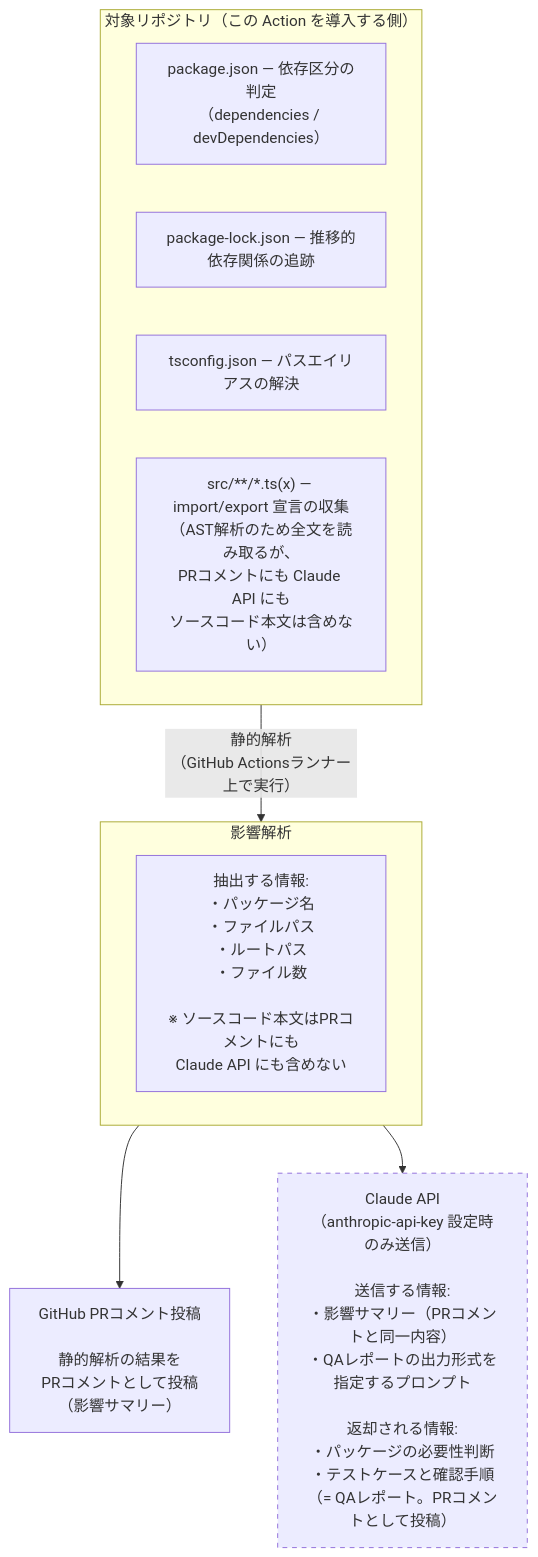
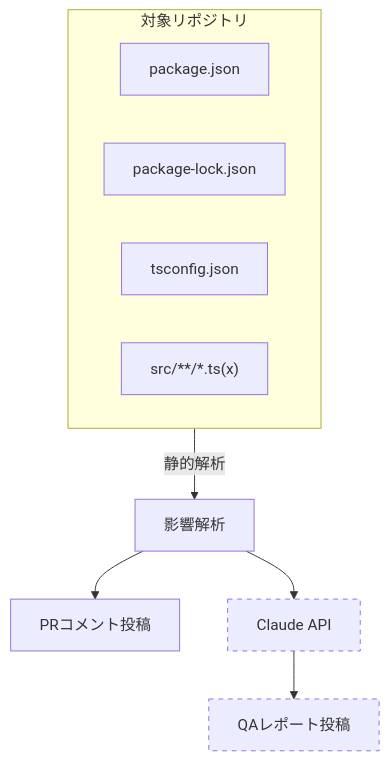
Before and after one commit to nokki-y/dependabot-insight: the diagram in docs/security.ja.md, drawn with Mermaid. The commit also changed other lines of this file and 1 other file, not shown here.

Commit message:
Simplify security data flow Mermaid diagram
Nodes had too much text causing overflow outside boxes.
Split into: simple diagram (structure only) + detail tables
(file purposes, data sent/returned per destination).

````diff
--- a/docs/security.ja.md
+++ b/docs/security.ja.md
@@ -13,20 +13,17 @@
 ```mermaid
 flowchart TD
-    subgraph TARGET["対象リポジトリ（この Action を導入する側）"]
-        F1["package.json — 依存区分の判定<br>（dependencies / devDependencies）"]
-        F2["package-lock.json — 推移的依存関係の追跡"]
-        F3["tsconfig.json — パスエイリアスの解決"]
-        F4["src/**/*.ts(x) — import/export 宣言の収集<br>（AST解析のため全文を読み取るが、<br>PRコメントにも Claude API にも<br>ソースコード本文は含めない）"]
+    subgraph TARGET["対象リポジトリ"]
+        F1["package.json"]
+        F2["package-lock.json"]
+        F3["tsconfig.json"]
+        F4["src/**/*.ts(x)"]
     end
 
-    TARGET -->|"静的解析<br>（GitHub Actionsランナー上で実行）"| IA
-
-    subgraph IA["影響解析"]
-        EXTRACT["抽出する情報:<br>・パッケージ名<br>・ファイルパス<br>・ルートパス<br>・ファイル数<br><br>※ ソースコード本文はPRコメントにも<br>Claude API にも含めない"]
-    end
-
-    IA --> PR["GitHub PRコメント投稿<br><br>静的解析の結果を<br>PRコメントとして投稿<br>（影響サマリー）"]
-    IA --> CLAUDE["Claude API<br>（anthropic-api-key 設定時のみ送信）<br><br>送信する情報:<br>・影響サマリー（PRコメントと同一内容）<br>・QAレポートの出力形式を指定するプロンプト<br><br>返却される情報:<br>・パッケージの必要性判断<br>・テストケースと確認手順<br>（= QAレポート。PRコメントとして投稿）"]
+    TARGET -->|静的解析| IA["影響解析"]
+    IA --> PR["PRコメント投稿"]
+    IA --> CLAUDE["Claude API"]
+    CLAUDE --> QA["QAレポート投稿"]
 
     style CLAUDE stroke-dasharray: 5 5
+    style QA stroke-dasharray: 5 5
 ```
````
